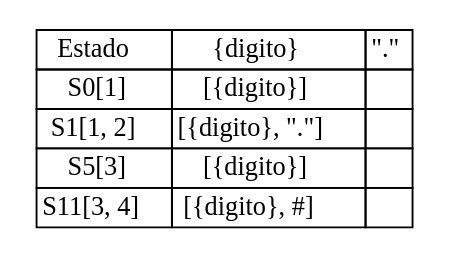
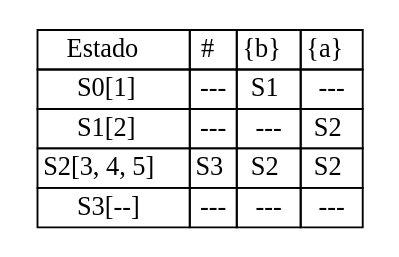
The diagram in tablaTrans.dot (AdrianMolina2000/OLC1-Proyecto1-201903850), drawn with Graphviz before and after one commit. The commit also changed 19 other files, not shown here.

```diff
--- a/tablaTrans.dot
+++ b/tablaTrans.dot
@@ -1,4 +1,4 @@
 digraph grafica{
 rankdir=TB;
 node [shape=plaintext];
-some_node [label=<<table border="0" cellborder="1" cellspacing="0"><tr><td>Estado</td><td>{digito}</td><td>"."</td></tr><tr><td>S0[1]</td><td>[{digito}]</td><td></td></tr><tr><td>S1[1, 2]</td><td>[{digito}, "."]</td><td></td></tr><tr><td>S5[3]</td><td>[{digito}]</td><td></td></tr><tr><td>S11[3, 4]</td><td>[{digito}, #]</td><td></td></tr></table>>];}
+some_node [label=<<table border="0" cellborder="1" cellspacing="0"><tr><td>Estado</td><td>#</td><td>{b}</td><td>{a}</td></tr><tr><td>S0[1]</td><td>---</td><td>S1</td><td>---</td></tr><tr><td>S1[2]</td><td>---</td><td>---</td><td>S2</td></tr><tr><td>S2[3, 4, 5]</td><td>S3</td><td>S2</td><td>S2</td></tr><tr><td>S3[--]</td><td>---</td><td>---</td><td>---</td></tr></table>>];}
```
